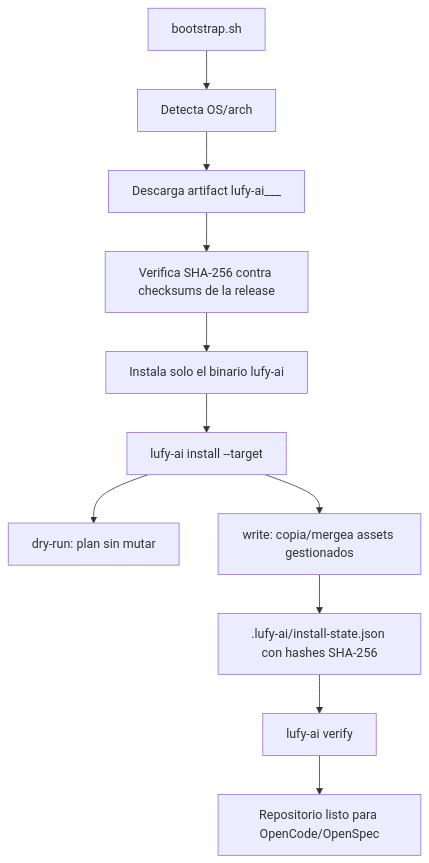
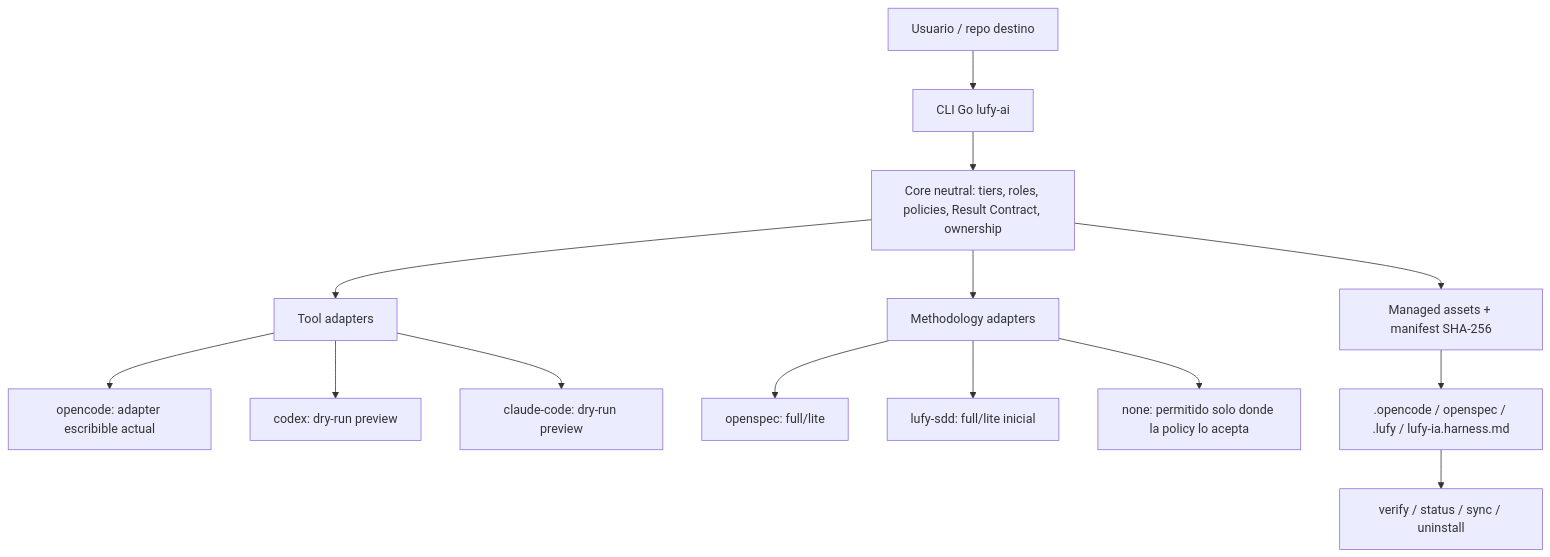
One commit to adrotech/lufy-ai changed the first of 2 diagrams in README.md. Above: the diagram before and after it, drawn with Mermaid. The commit also changed other lines of this file and 16 other files, not shown here.

Commit message:
docs: refresh harness architecture documentation

````diff
--- a/README.md
+++ b/README.md
@@ -110,13 +105,19 @@
 ```mermaid
 flowchart TD
-    B["bootstrap.sh"] --> D["Detecta OS/arch"]
-    D --> A["Descarga artifact lufy-ai_<version>_<os>_<arch>"]
-    A --> C["Verifica SHA-256 contra checksums de la release"]
-    C --> I["Instala solo el binario lufy-ai"]
-    I --> P["lufy-ai install --target <repo>"]
-    P --> DR["dry-run: plan sin mutar"]
-    P --> W["write: copia/mergea assets gestionados"]
-    W --> S[".lufy-ai/install-state.json con hashes SHA-256"]
-    S --> V["lufy-ai verify"]
-    V --> OK["Repositorio listo para OpenCode/OpenSpec"]
+    U["Usuario / repo destino"] --> CLI["CLI Go lufy-ai"]
+    CLI --> Core["Core neutral: tiers, roles, policies, Result Contract, ownership"]
+    Core --> Tool["Tool adapters"]
+    Core --> Meth["Methodology adapters"]
+    Core --> Assets["Managed assets + manifest SHA-256"]
+
+    Tool --> OC["opencode: adapter escribible actual"]
+    Tool --> CX["codex: dry-run preview"]
+    Tool --> CC["claude-code: dry-run preview"]
+
+    Meth --> OS["openspec: full/lite"]
+    Meth --> LS["lufy-sdd: full/lite inicial"]
+    Meth --> NN["none: permitido solo donde la policy lo acepta"]
+
+    Assets --> Target[".opencode / openspec / .lufy / lufy-ia.harness.md"]
+    Target --> Verify["verify / status / sync / uninstall"]
 ```
````
